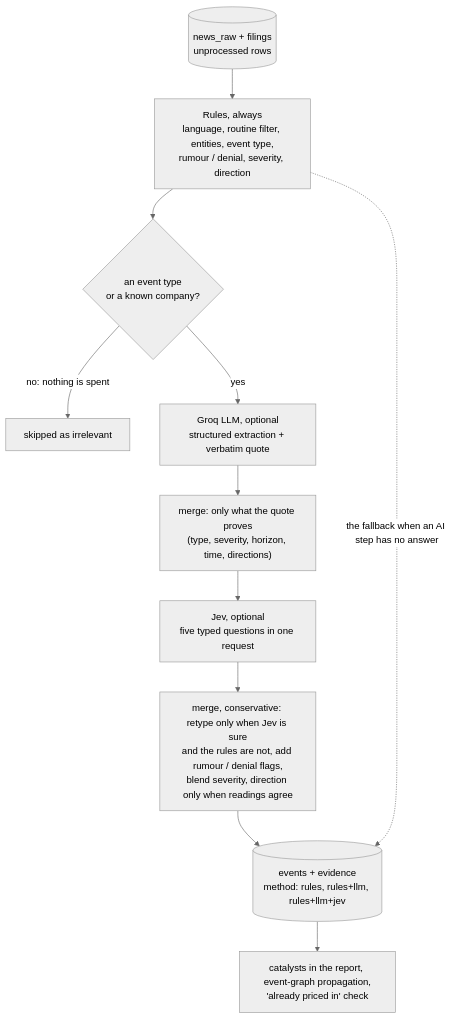
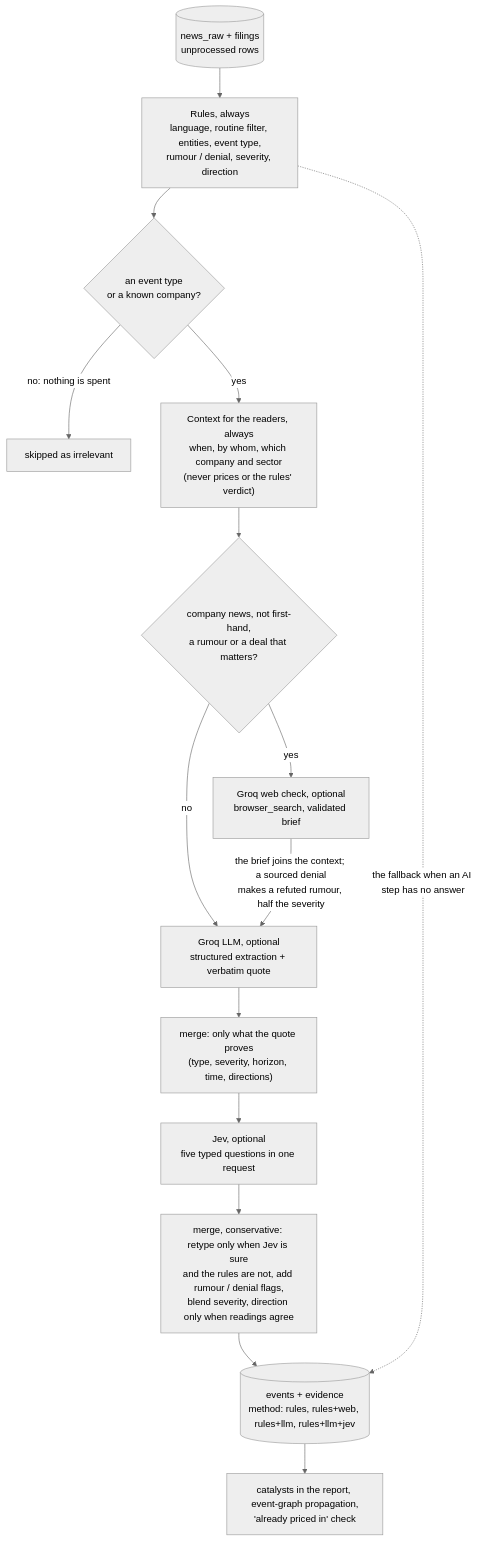
One commit to amansoni7477030/MonsterStock_AI changed the seventh of 20 diagrams in MONSTER-AI/docs/ARCHITECTURE.md. Above: the diagram before and after it, drawn with Mermaid (neutral theme). The commit also changed other lines of this file and 7 other files, not shown here.

````diff
--- a/MONSTER-AI/docs/ARCHITECTURE.md
+++ b/MONSTER-AI/docs/ARCHITECTURE.md
@@ -259,13 +259,17 @@
 ```mermaid
 flowchart TB
     RAW[("news_raw + filings<br/>unprocessed rows")] --> RULES["Rules, always<br/>language, routine filter, entities, event type,<br/>rumour / denial, severity, direction"]
     RULES --> WORTH{"an event type<br/>or a known company?"}
     WORTH -- "no: nothing is spent" --> DROP["skipped as irrelevant"]
-    WORTH -- yes --> GROQ["Groq LLM, optional<br/>structured extraction + verbatim quote"]
+    WORTH -- yes --> CTX["Context for the readers, always<br/>when, by whom, which company and sector<br/>(never prices or the rules' verdict)"]
+    CTX --> GATE{"company news, not first-hand,<br/>a rumour or a deal that matters?"}
+    GATE -- no --> GROQ["Groq LLM, optional<br/>structured extraction + verbatim quote"]
+    GATE -- yes --> WEB["Groq web check, optional<br/>browser_search, validated brief"]
+    WEB -->|"the brief joins the context; a sourced denial<br/>makes a refuted rumour, half the severity"| GROQ
     GROQ --> M1["merge: only what the quote proves<br/>(type, severity, horizon, time, directions)"]
     M1 --> JEV["Jev, optional<br/>five typed questions in one request"]
     JEV --> M2["merge, conservative: retype only when Jev is sure<br/>and the rules are not, add rumour / denial flags,<br/>blend severity, direction only when readings agree"]
-    M2 --> EV[("events + evidence<br/>method: rules, rules+llm, rules+llm+jev")]
+    M2 --> EV[("events + evidence<br/>method: rules, rules+web, rules+llm, rules+llm+jev")]
     RULES -.->|"the fallback when an AI step has no answer"| EV
     EV --> USE["catalysts in the report, event-graph propagation,<br/>'already priced in' check"]
 ```
````
